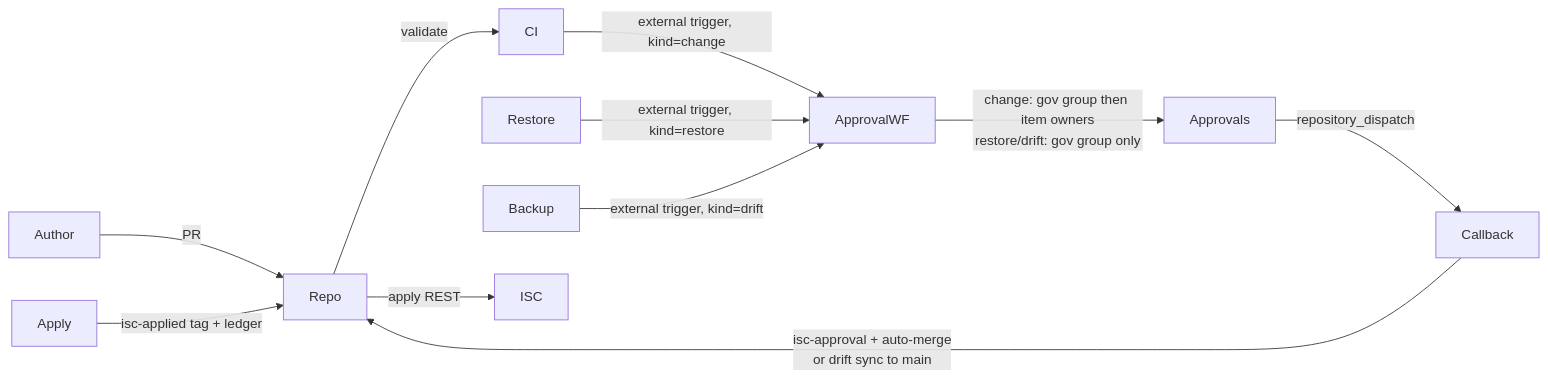
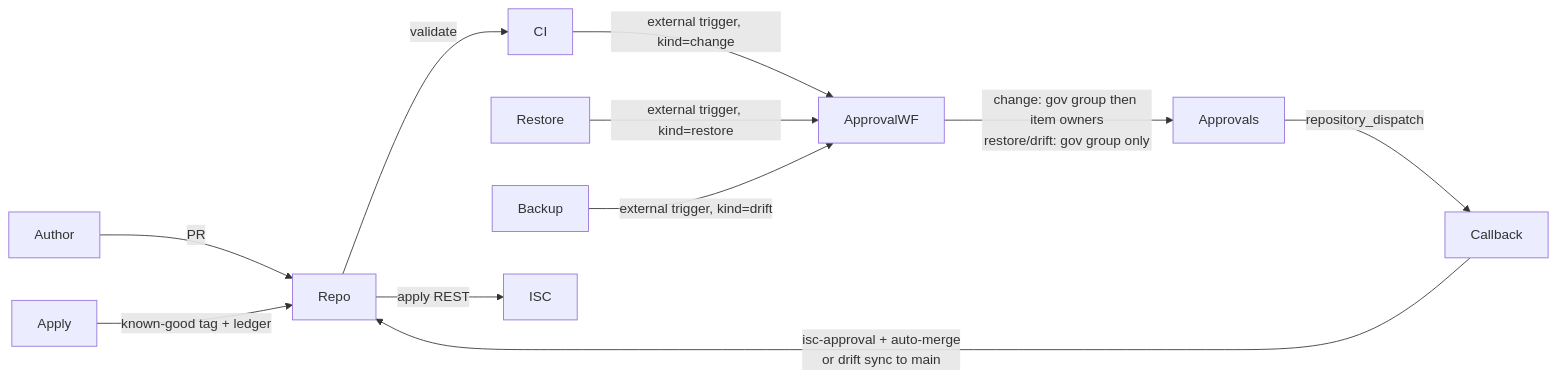
One commit to fernando-delosrios-sp/sailpoint-utils changed the diagram in ISC/Access Model Change Management/README.md. Above: the diagram before and after it, drawn with Mermaid. The commit also changed other lines of this file and 35 other files, not shown here.

````diff
--- a/ISC/Access Model Change Management/README.md
+++ b/ISC/Access Model Change Management/README.md
@@ -119,13 +119,13 @@
 ```mermaid
 flowchart LR
   Author -->|PR| Repo
   Repo -->|validate| CI
   CI -->|external trigger, kind=change| ApprovalWF
   Restore -->|external trigger, kind=restore| ApprovalWF
   Backup -->|external trigger, kind=drift| ApprovalWF
   ApprovalWF -->|change: gov group then item owners<br/>restore/drift: gov group only| Approvals
   Approvals -->|repository_dispatch| Callback
   Callback -->|isc-approval + auto-merge<br/>or drift sync to main| Repo
   Repo -->|apply REST| ISC
-  Apply -->|isc-applied tag + ledger| Repo
+  Apply -->|known-good tag + ledger| Repo
 ```
````
